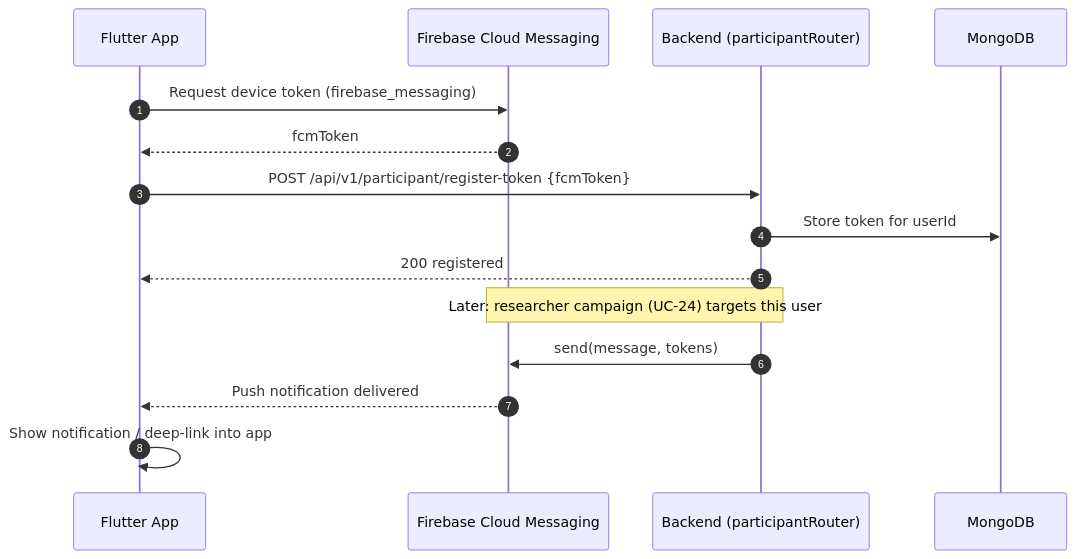
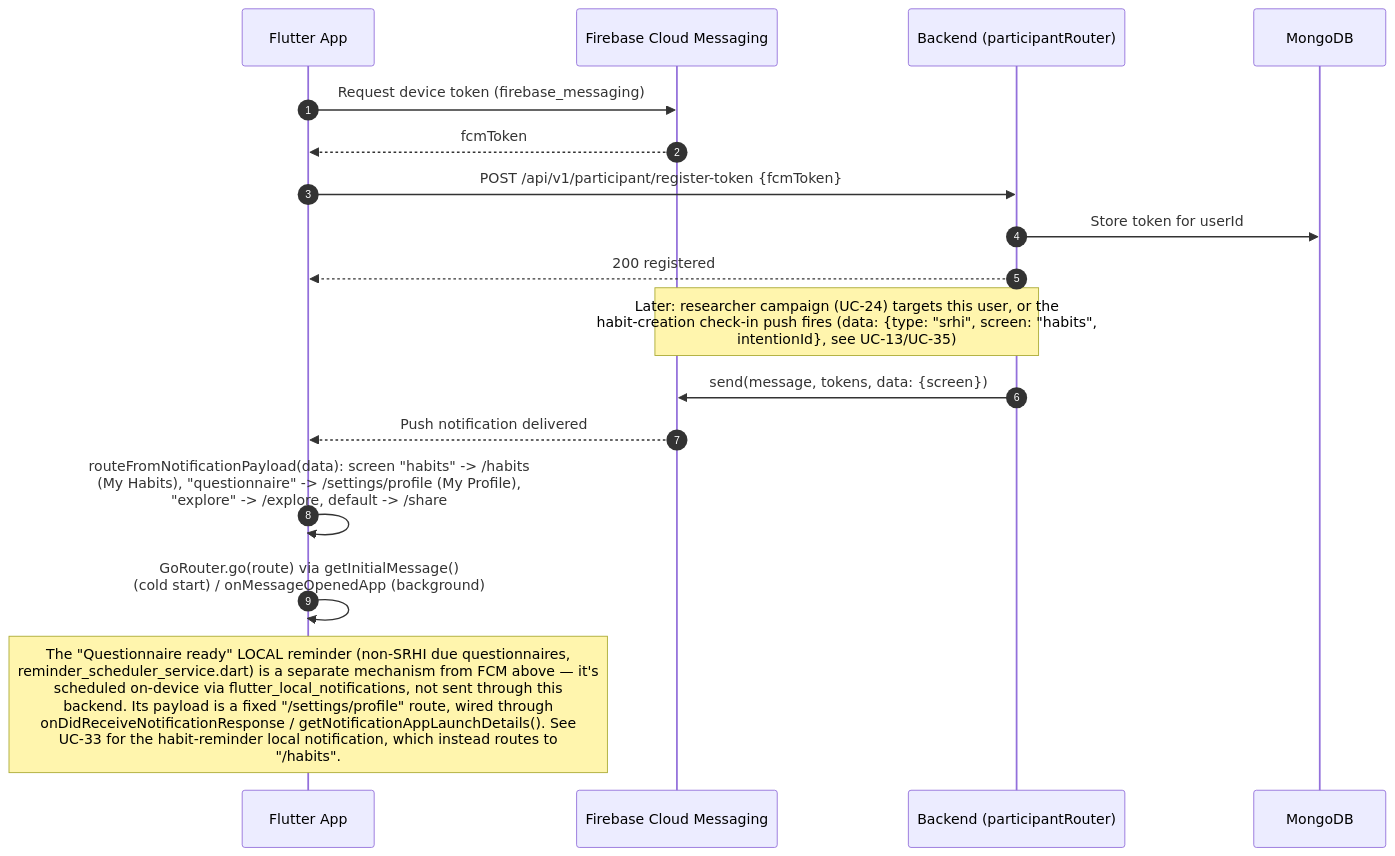
The diagram in docs/diagrams/sequences/UC-15-push-notifications.mmd (Bulgy404/health-habit-hub), drawn with Mermaid before and after one commit. The commit also changed 45 other files, not shown here.

First line of the commit message:
feat: Enhance questionnaire handling and profile management

```diff
--- a/docs/diagrams/sequences/UC-15-push-notifications.mmd
+++ b/docs/diagrams/sequences/UC-15-push-notifications.mmd
@@ -1,17 +1,20 @@
 %% UC-15 — Register device & receive push notifications
 sequenceDiagram
     autonumber
     participant F as Flutter App
     participant FCM as Firebase Cloud Messaging
     participant B as Backend (participantRouter)
     participant M as MongoDB
 
     F->>FCM: Request device token (firebase_messaging)
     FCM-->>F: fcmToken
     F->>B: POST /api/v1/participant/register-token {fcmToken}
     B->>M: Store token for userId
     B-->>F: 200 registered
-    Note over B,FCM: Later: researcher campaign (UC-24) targets this user
-    B->>FCM: send(message, tokens)
+    Note over B,FCM: Later: researcher campaign (UC-24) targets this user, or the<br/>habit-creation check-in push fires (data: {type: "srhi", screen: "habits",<br/>intentionId}, see UC-13/UC-35)
+    B->>FCM: send(message, tokens, data: {screen})
     FCM-->>F: Push notification delivered
-    F->>F: Show notification / deep-link into app
+    F->>F: routeFromNotificationPayload(data): screen "habits" -> /habits<br/>(My Habits), "questionnaire" -> /settings/profile (My Profile),<br/>"explore" -> /explore, default -> /share
+    F->>F: GoRouter.go(route) via getInitialMessage()<br/>(cold start) / onMessageOpenedApp (background)
+
+    Note over F: The "Questionnaire ready" LOCAL reminder (non-SRHI due questionnaires,<br/>reminder_scheduler_service.dart) is a separate mechanism from FCM above — it's<br/>scheduled on-device via flutter_local_notifications, not sent through this<br/>backend. Its payload is a fixed "/settings/profile" route, wired through<br/>onDidReceiveNotificationResponse / getNotificationAppLaunchDetails(). See<br/>UC-33 for the habit-reminder local notification, which instead routes to<br/>"/habits".
```
